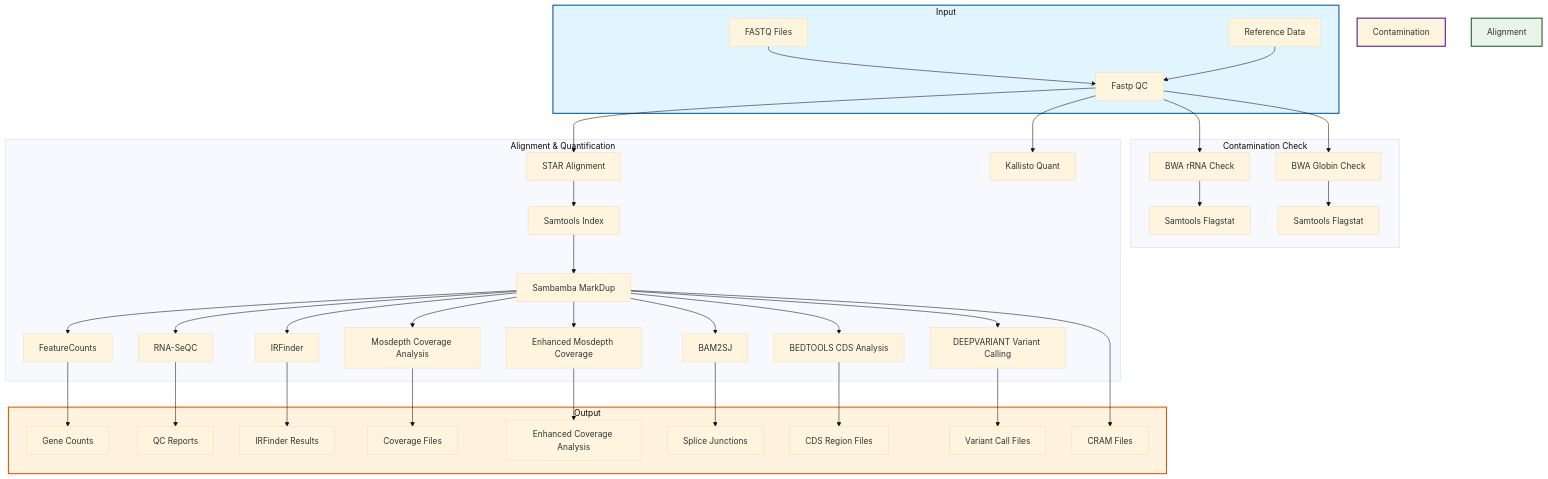
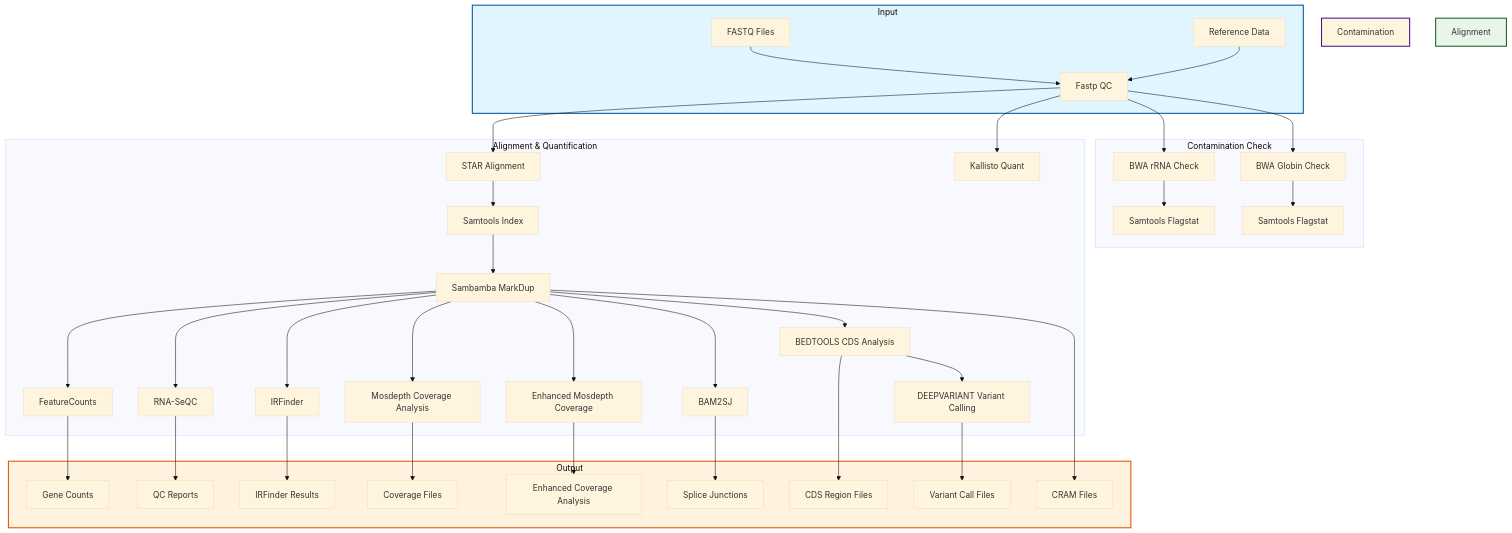
Before and after one commit to uclanelsonlab/nl-rna-seq_wf: the diagram in README.md, drawn with Mermaid (base theme). The commit also changed other lines of this file, not shown here.

Commit message:
docs: connect bedtools to deepvariant

````diff
--- a/README.md
+++ b/README.md
@@ -27,46 +27,46 @@
 ```mermaid
 graph TB
     subgraph Input
         A1[FASTQ Files] --> B1[Fastp QC]
         A2[Reference Data] --> B1
     end
 
     subgraph Contamination Check
         B1 --> C1[BWA rRNA Check]
         B1 --> C2[BWA Globin Check]
         C1 --> D1[Samtools Flagstat]
         C2 --> D2[Samtools Flagstat]
     end
 
     subgraph Alignment & Quantification
         B1 --> E1[STAR Alignment]
         B1 --> E2[Kallisto Quant]
         E1 --> F1[Samtools Index]
         F1 --> F2[Sambamba MarkDup]
         F2 --> G1[FeatureCounts]
         F2 --> G2[RNA-SeQC]
         F2 --> G3[IRFinder]
         F2 --> G4[Mosdepth Coverage Analysis]
         F2 --> G4b[Enhanced Mosdepth Coverage]
         F2 --> G5[BAM2SJ]
         F2 --> G6[BEDTOOLS CDS Analysis]
-        F2 --> G7[DEEPVARIANT Variant Calling]
+        G6 --> G7[DEEPVARIANT Variant Calling]
     end
 
     subgraph Output
         G1 --> H1[Gene Counts]
         G2 --> H2[QC Reports]
         G3 --> H3[IRFinder Results]
         G4 --> H4[Coverage Files]
         G4b --> H4b[Enhanced Coverage Analysis]
         G5 --> H5[Splice Junctions]
         G6 --> H6[CDS Region Files]
         G7 --> H7[Variant Call Files]
         F2 --> H8[CRAM Files]
     end
 
     style Input fill:#e1f5fe,stroke:#01579b,stroke-width:2px
     style Contamination Check fill:#f3e5f5,stroke:#4a148c,stroke-width:2px
     style Alignment fill:#e8f5e8,stroke:#1b5e20,stroke-width:2px
     style Output fill:#fff3e0,stroke:#e65100,stroke-width:2px
 ```
````
